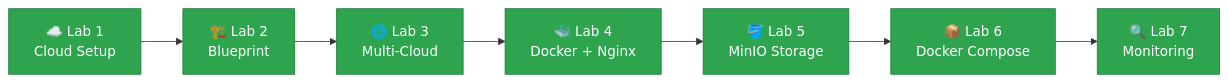
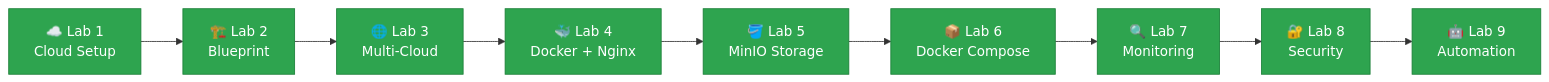
Before and after one commit to MikashitaDezu/CCM101-cerabanillo: the diagram in README.md, drawn with Mermaid. The commit also changed other lines of this file, not shown here.

````diff
--- a/README.md
+++ b/README.md
@@ -160,12 +187,14 @@
 ```mermaid
 flowchart LR
     L1["☁️ Lab 1<br/>Cloud Setup"] --> L2["🏗️ Lab 2<br/>Blueprint"]
     L2 --> L3["🌐 Lab 3<br/>Multi-Cloud"]
     L3 --> L4["🐳 Lab 4<br/>Docker + Nginx"]
     L4 --> L5["🪣 Lab 5<br/>MinIO Storage"]
     L5 --> L6["📦 Lab 6<br/>Docker Compose"]
     L6 --> L7["🔍 Lab 7<br/>Monitoring"]
+    L7 --> L8["🔐 Lab 8<br/>Security"]
+    L8 --> L9["🤖 Lab 9<br/>Automation"]
 
     classDef done fill:#2ea44f,stroke:#1a7f37,color:#ffffff;
-    class L1,L2,L3,L4,L5,L6,L7 done;
+    class L1,L2,L3,L4,L5,L6,L7,L8,L9 done;
 ```
````
